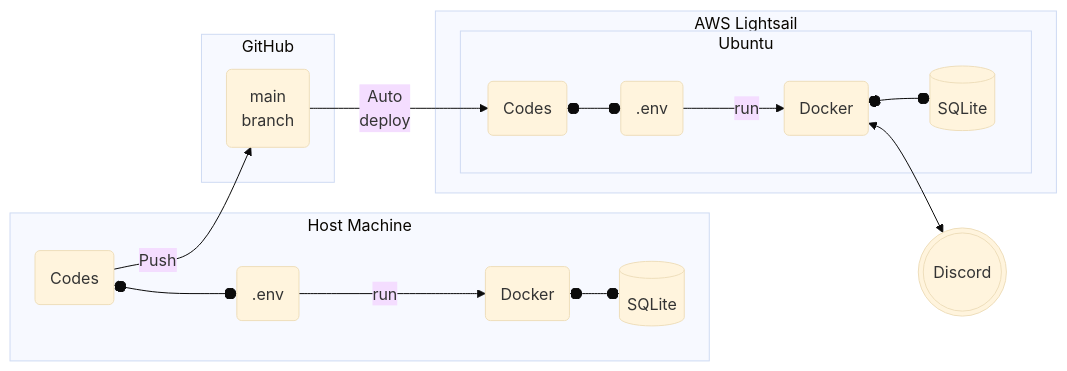
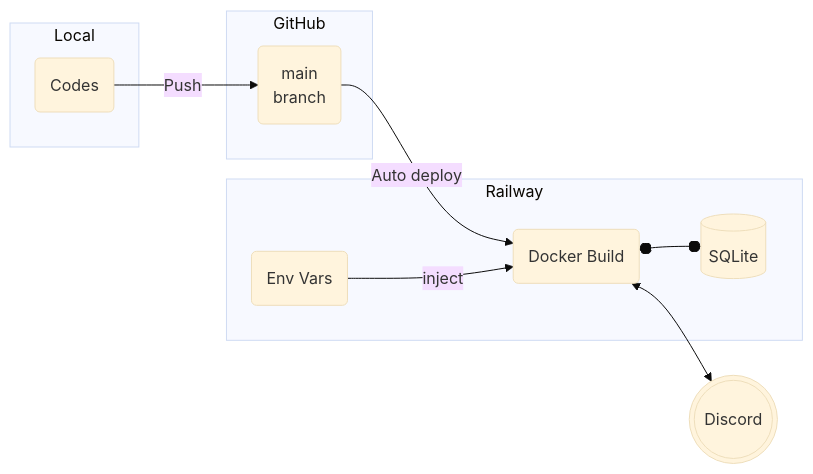
Before and after one commit to pistachiostudio/takohachi: the diagram in README.md, drawn with Mermaid (base theme). The commit also changed other lines of this file and 4 other files, not shown here.

````diff
--- a/README.md
+++ b/README.md
@@ -55,44 +46,30 @@
 ```mermaid
 flowchart LR
 
 Z(Codes)
-A(Docker)
 B(main<br>branch)
-C(Docker)
+C(Docker Build)
 D[(SQLite)]
-F(Codes)
-G[(SQLite)]
-H(.env)
-I(.env)
+I(Env Vars)
 J(((Discord)))
 
-subgraph Host Machine
+subgraph Local
 Z
-G
-A
-H
 end
 
 subgraph GitHub
 B
 end
 
-subgraph AWS Lightsail
-subgraph Ubuntu
+subgraph Railway
 C
 D
-F
 I
 end
-end
 
-Z o--o H
-H -- run --> A
 Z -- Push --> B
-A o--o G
-B -- Auto<br>deploy --> F
-F o--o I
-I -- run --> C
-C o--o  D
+B -- Auto deploy --> C
+I -- inject --> C
+C o--o D
 C <--> J
 ```
````
